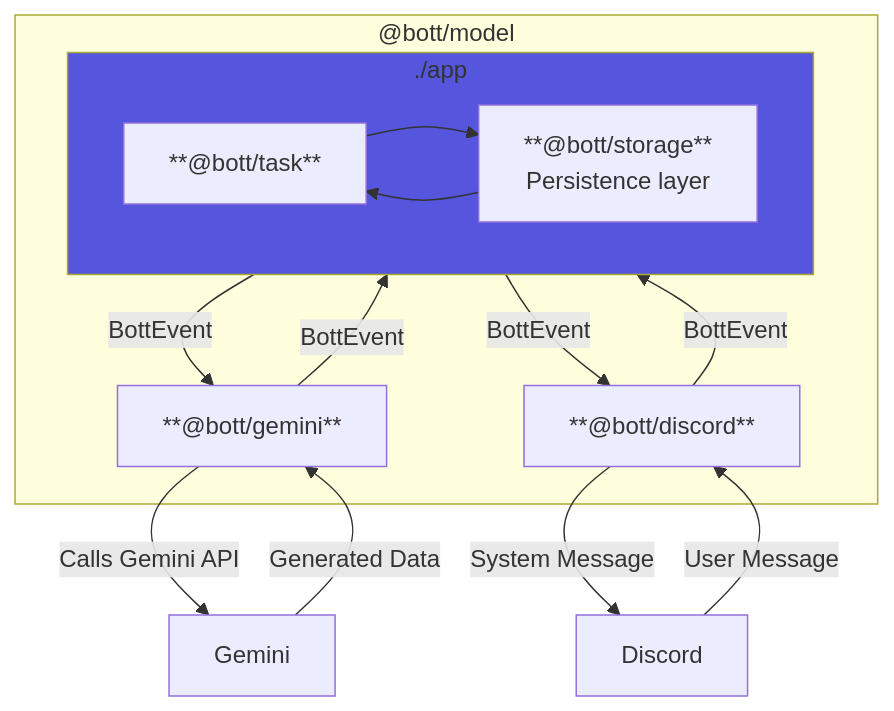
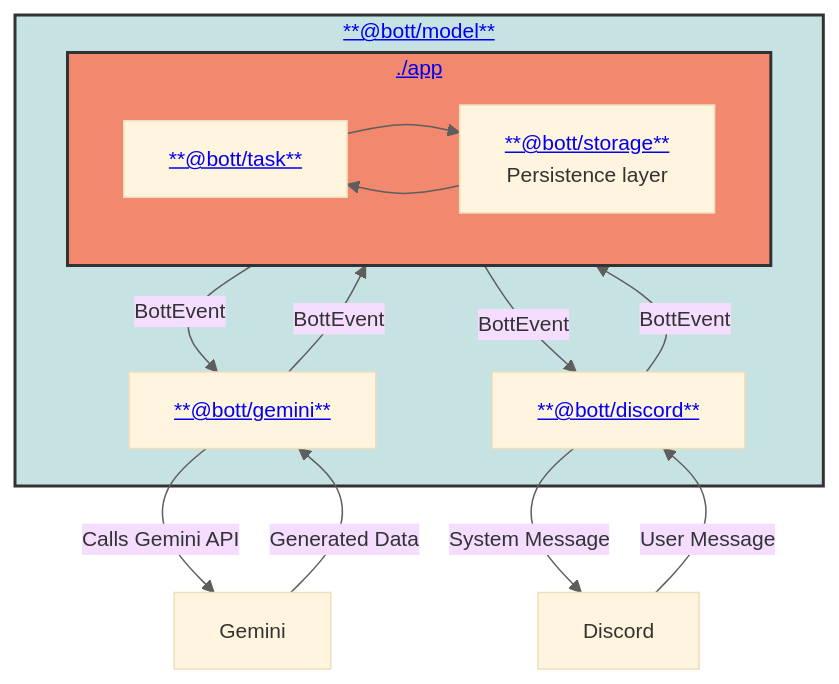
One commit to daniellacosse/Bott changed the diagram in README.md. Above: the diagram before and after it, drawn with Mermaid. The commit also changed other lines of this file and 33 other files, not shown here.

````diff
--- a/README.md
+++ b/README.md
@@ -165,28 +48,30 @@
 ```mermaid
-graph TD
-  subgraph "@bott/model"
-    BottDiscord["**@bott/discord**"]
+%%{init: {'theme': 'base', 'themeVariables': { 'lineColor': '#5e5e5e', 'fontSize': '14px' }}}%%
+flowchart TD
+  subgraph Model["<a href='https://github.com/daniellacosse-code/Bott/tree/main/model'>**@bott/model**</a>"]
+    BottDiscord["<a href='https://github.com/daniellacosse-code/Bott/tree/main/libraries/discord'>**@bott/discord**</a>"]
     
-    subgraph App["./app"]
-      BottAppLayer["**@bott/task**"]
-      BottDataLayer["**@bott/storage**<br>Persistence layer"]
+    subgraph App["<a href='https://github.com/daniellacosse-code/Bott/tree/main/app'>./app</a>"]
+      BottAppLayer["<a href='https://github.com/daniellacosse-code/Bott/tree/main/libraries/task'>**@bott/task**</a>"]
+      BottDataLayer["<a href='https://github.com/daniellacosse-code/Bott/tree/main/libraries/storage'>**@bott/storage**</a><br>Persistence layer"]
       
       BottAppLayer --> BottDataLayer
       BottDataLayer --> BottAppLayer
     end
     
-    BottGemini["**@bott/gemini**"]
+    BottGemini["<a href='https://github.com/daniellacosse-code/Bott/tree/main/libraries/gemini'>**@bott/gemini**</a>"]
   end
 
   %% Flow from Discord User to Bot and back
   Discord -- "User Message" --> BottDiscord
   BottDiscord -- "BottEvent" --> App
   App -- "BottEvent" --> BottGemini
   BottGemini -- "Calls Gemini API" --> Gemini
   Gemini -- "Generated Data" --> BottGemini
   BottGemini -- "BottEvent" --> App
   App -- "BottEvent" --> BottDiscord
   BottDiscord -- "System Message" --> Discord
 
-  style App fill:#5555DD;
+  style App fill:#f2896f,color:black,stroke:#333,stroke-width:2px
+  style Model fill:#c7e2e2,color:black,stroke:#333,stroke-width:2px
 ```
````
